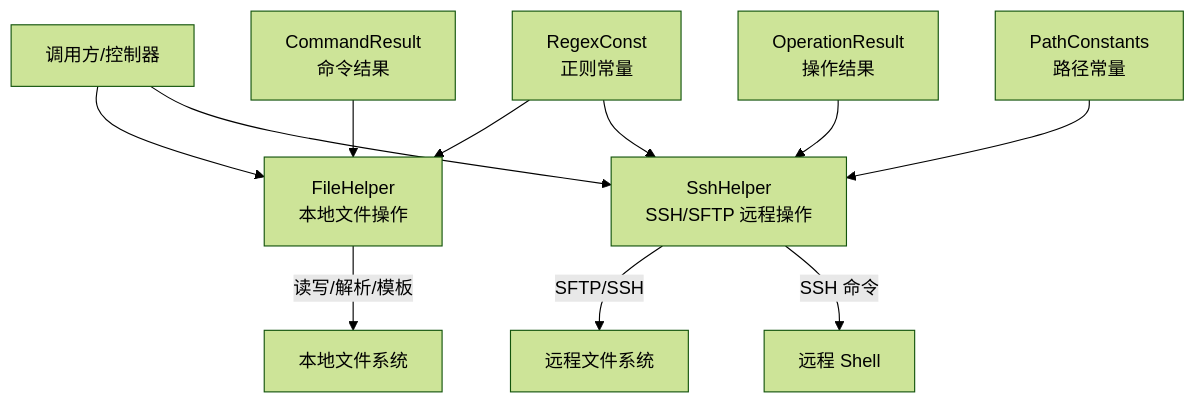
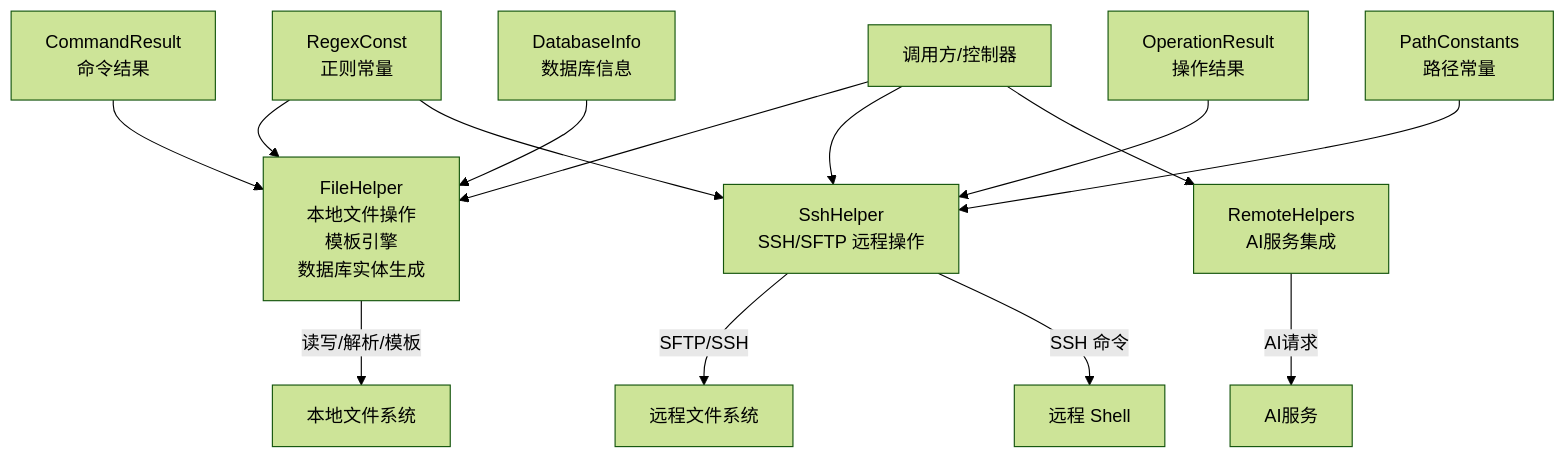
Before and after one commit to Sosososolong/AirGo: the second of 10 diagrams in .qoder/repowiki/zh/content/工具库详解/文件操作工具.md, drawn with Mermaid (forest theme). The commit also changed other lines of this file and 3 other files, not shown here.

````diff
--- a/.qoder/repowiki/zh/content/工具库详解/文件操作工具.md
+++ b/.qoder/repowiki/zh/content/工具库详解/文件操作工具.md
@@ -107,13 +122,16 @@
 ```mermaid
 graph TB
-Client["调用方/控制器"] --> FH["FileHelper<br/>本地文件操作"]
+Client["调用方/控制器"] --> FH["FileHelper<br/>本地文件操作<br/>模板引擎<br/>数据库实体生成"]
 Client --> SH["SshHelper<br/>SSH/SFTP 远程操作"]
+Client --> RH["RemoteHelpers<br/>AI服务集成"]
 FH --> |读写/解析/模板| LocalFS["本地文件系统"]
 SH --> |SFTP/SSH| RemoteFS["远程文件系统"]
 SH --> |SSH 命令| RemoteShell["远程 Shell"]
+RH --> |AI请求| AIServer["AI服务"]
 RC["RegexConst<br/>正则常量"] --> FH
 RC --> SH
 OR["OperationResult<br/>操作结果"] --> SH
 CR["CommandResult<br/>命令结果"] --> FH
 PC["PathConstants<br/>路径常量"] --> SH
+DBI["DatabaseInfo<br/>数据库信息"] --> FH
 ```
````
